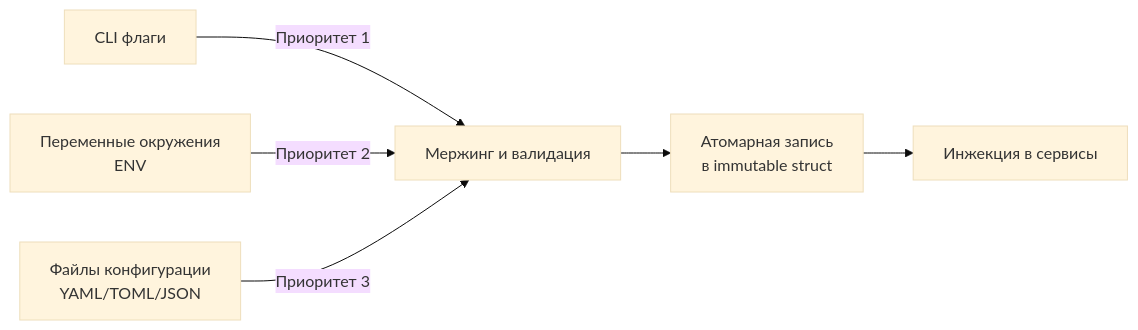
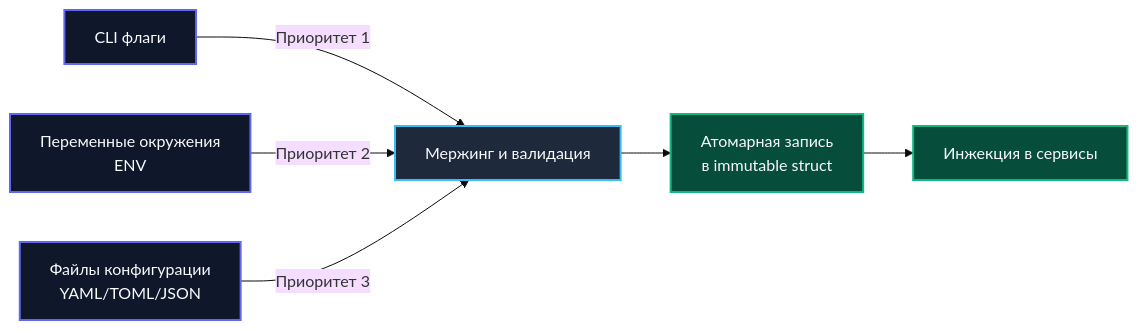
One commit to UnrealTemplier/go-textbook changed the diagram in sources/9. Бэкенд на Go (Практика разработки)/11. Конфигурация приложения.md. Above: the diagram before and after it, drawn with Mermaid (base theme). The commit also changed other lines of this file, not shown here.

````diff
--- a/sources/9. Бэкенд на Go (Практика разработки)/11. Конфигурация приложения.md
+++ b/sources/9. Бэкенд на Go (Практика разработки)/11. Конфигурация приложения.md
@@ -23,8 +7,15 @@
 ```mermaid
 graph LR
     A["CLI флаги"] -->|"Приоритет 1"| B["Мержинг и валидация"]
     C["Переменные окружения<br>ENV"] -->|"Приоритет 2"| B
     D["Файлы конфигурации<br>YAML/TOML/JSON"] -->|"Приоритет 3"| B
     B --> E["Атомарная запись<br>в immutable struct"]
     E --> F["Инжекция в сервисы"]
+
+    classDef cli fill:#0f172a,stroke:#6366f1,stroke-width:2px,color:#f8fafc;
+    classDef merge fill:#1e293b,stroke:#38bdf8,stroke-width:2px,color:#f8fafc;
+    classDef dest fill:#064e3b,stroke:#10b981,stroke-width:2px,color:#f8fafc;
+    class A,C,D cli;
+    class B merge;
+    class E,F dest;
 ```
````
